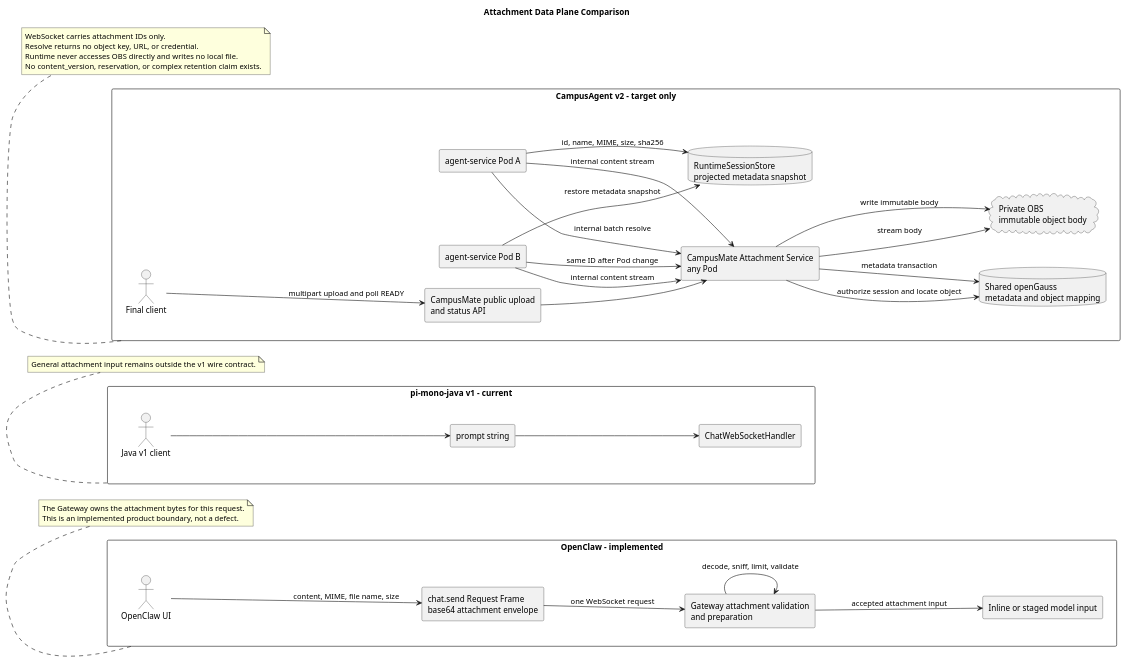
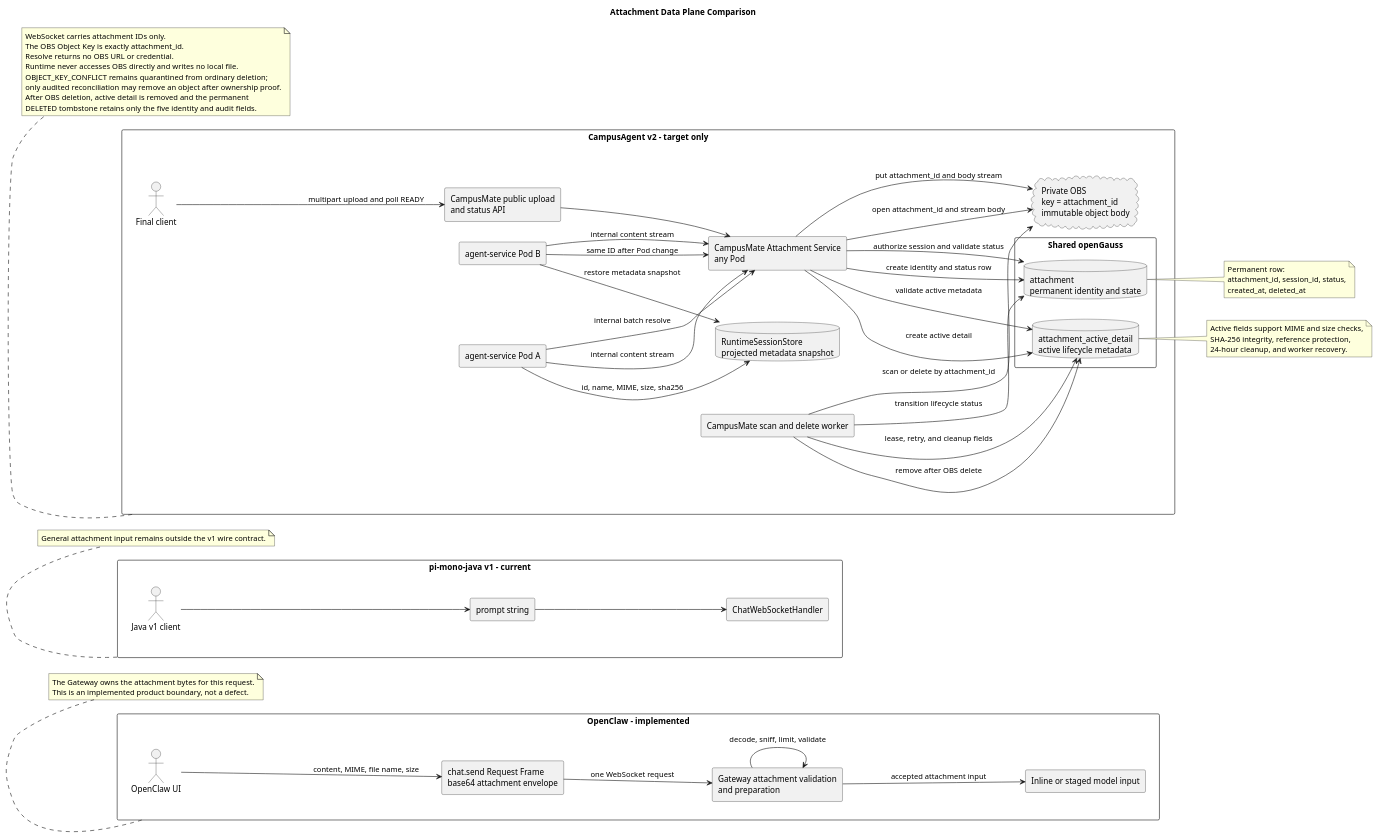
The fifth of 5 diagrams in openclaw-campusagent-websocket-comparison/diagram.puml (superheromeZzh/pi-mono-java-design), drawn with PlantUML before and after one commit. The commit also changed 18 other files, not shown here.

Commit message:
docs: refine attachment metadata lifecycle

```diff
--- a/openclaw-campusagent-websocket-comparison/diagram.puml
+++ b/openclaw-campusagent-websocket-comparison/diagram.puml
@@ -373,85 +373,112 @@
 @startuml attachment_data_plane_comparison
 title Attachment Data Plane Comparison
 
 ' OpenClaw baseline: b015925bc30f6a8363f290b07d5f8588e21422b8, Gateway Protocol v4
 ' Source: packages/gateway-protocol/src/schema/logs-chat.ts ChatAttachmentSchema
 ' Source: ui/src/pages/chat/attachment-api.ts and chat-send-request.ts
 ' Source: src/gateway/server-methods/attachment-normalize.ts and chat-send-attachments.ts
 ' Observed behavior: OpenClaw sends base64 attachment envelopes inside chat.send and validates actual bytes before acknowledgement.
 ' pi-mono-java baseline: 1f7a5423219edfa4519d8719f1cc8a188ed72873
 ' Source: modules/coding-agent-cli/src/main/java/com/campusclaw/codingagent/mode/server/ChatWebSocketHandler.java
 ' Current Java behavior: the v1 WebSocket prompt accepts text only; general attachment transport is not implemented.
 ' Target source: campusmate-attachment-service/README.md
 ' Target source: pi-mono-java-manager-driven-multi-agent-runtime/README.md attachment section
-' Target design: CampusMate stores metadata in shared openGauss and immutable bodies in private OBS.
+' Target design: CampusMate keeps a permanent attachment identity/state row and active lifecycle detail in shared openGauss.
+' Target design: private OBS stores immutable bodies under Object Key equal to attachment_id; no locator mapping is persisted.
 ' Target design: agent-service uses internal batch resolve and content streaming, without local files or direct OBS access.
 ' Design reason: keep the file data plane outside Chat Frames while allowing any service Pod to read authoritative content.
 
 skinparam backgroundColor #FFFFFF
 skinparam shadowing false
 skinparam componentStyle rectangle
 skinparam packageStyle rectangle
 skinparam defaultFontName Arial
 left to right direction
 
 package "OpenClaw - implemented" as OpenClawAttachment {
   actor "OpenClaw UI" as OcUi
   component "chat.send Request Frame\nbase64 attachment envelope" as OcFrame
   component "Gateway attachment validation\nand preparation" as OcGateway
   component "Inline or staged model input" as OcInput
 
   OcUi --> OcFrame : content, MIME, file name, size
   OcFrame --> OcGateway : one WebSocket request
   OcGateway --> OcGateway : decode, sniff, limit, validate
   OcGateway --> OcInput : accepted attachment input
 }
 
 package "pi-mono-java v1 - current" as JavaAttachment {
   actor "Java v1 client" as JavaClient
   component "prompt string" as JavaPrompt
   component "ChatWebSocketHandler" as JavaHandler
 
   JavaClient --> JavaPrompt
   JavaPrompt --> JavaHandler
 }
 
 package "CampusAgent v2 - target only" as CampusAttachment {
   actor "Final client" as CampusClient
   component "CampusMate public upload\nand status API" as PublicUpload
   component "CampusMate Attachment Service\nany Pod" as AttachmentService
-  database "Shared openGauss\nmetadata and object mapping" as AttachmentDb
-  cloud "Private OBS\nimmutable object body" as AttachmentObs
+  package "Shared openGauss" as AttachmentDatabase {
+    database "attachment\npermanent identity and state" as AttachmentDb
+    database "attachment_active_detail\nactive lifecycle metadata" as AttachmentDetail
+  }
+  cloud "Private OBS\nkey = attachment_id\nimmutable object body" as AttachmentObs
+  component "CampusMate scan and delete worker" as AttachmentWorker
   component "agent-service Pod A" as AgentPodA
   component "agent-service Pod B" as AgentPodB
   database "RuntimeSessionStore\nprojected metadata snapshot" as RuntimeStore
 
   CampusClient --> PublicUpload : multipart upload and poll READY
   PublicUpload --> AttachmentService
-  AttachmentService --> AttachmentDb : metadata transaction
-  AttachmentService --> AttachmentObs : write immutable body
+  AttachmentService --> AttachmentDb : create identity and status row
+  AttachmentService --> AttachmentDetail : create active detail
+  AttachmentService --> AttachmentObs : put attachment_id and body stream
+  AttachmentWorker --> AttachmentDetail : lease, retry, and cleanup fields
+  AttachmentWorker --> AttachmentObs : scan or delete by attachment_id
+  AttachmentWorker --> AttachmentDb : transition lifecycle status
+  AttachmentWorker --> AttachmentDetail : remove after OBS delete
   AgentPodA --> AttachmentService : internal batch resolve
   AgentPodB --> AttachmentService : same ID after Pod change
   AgentPodA --> AttachmentService : internal content stream
   AgentPodB --> AttachmentService : internal content stream
-  AttachmentService --> AttachmentDb : authorize session and locate object
-  AttachmentService --> AttachmentObs : stream body
+  AttachmentService --> AttachmentDb : authorize session and validate status
+  AttachmentService --> AttachmentDetail : validate active metadata
+  AttachmentService --> AttachmentObs : open attachment_id and stream body
   AgentPodA --> RuntimeStore : id, name, MIME, size, sha256
   AgentPodB --> RuntimeStore : restore metadata snapshot
 }
+
+note right of AttachmentDb
+  Permanent row:
+  attachment_id, session_id, status,
+  created_at, deleted_at
+end note
+
+note right of AttachmentDetail
+  Active fields support MIME and size checks,
+  SHA-256 integrity, reference protection,
+  24-hour cleanup, and worker recovery.
+end note
 
 note bottom of OpenClawAttachment
   The Gateway owns the attachment bytes for this request.
   This is an implemented product boundary, not a defect.
 end note
 
 note bottom of JavaAttachment
   General attachment input remains outside the v1 wire contract.
 end note
 
 note bottom of CampusAttachment
   WebSocket carries attachment IDs only.
-  Resolve returns no object key, URL, or credential.
+  The OBS Object Key is exactly attachment_id.
+  Resolve returns no OBS URL or credential.
   Runtime never accesses OBS directly and writes no local file.
-  No content_version, reservation, or complex retention claim exists.
+  OBJECT_KEY_CONFLICT remains quarantined from ordinary deletion;
+  only audited reconciliation may remove an object after ownership proof.
+  After OBS deletion, active detail is removed and the permanent
+  DELETED tombstone retains only the five identity and audit fields.
 end note
 @enduml
```
